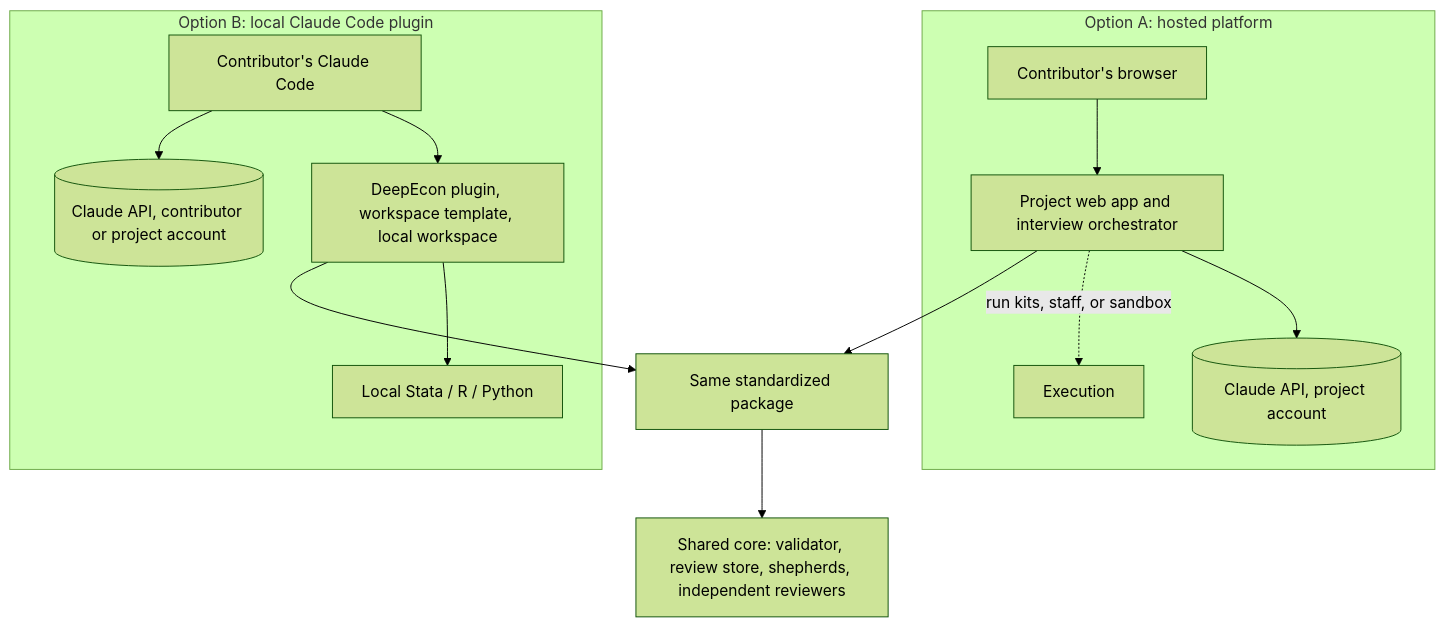
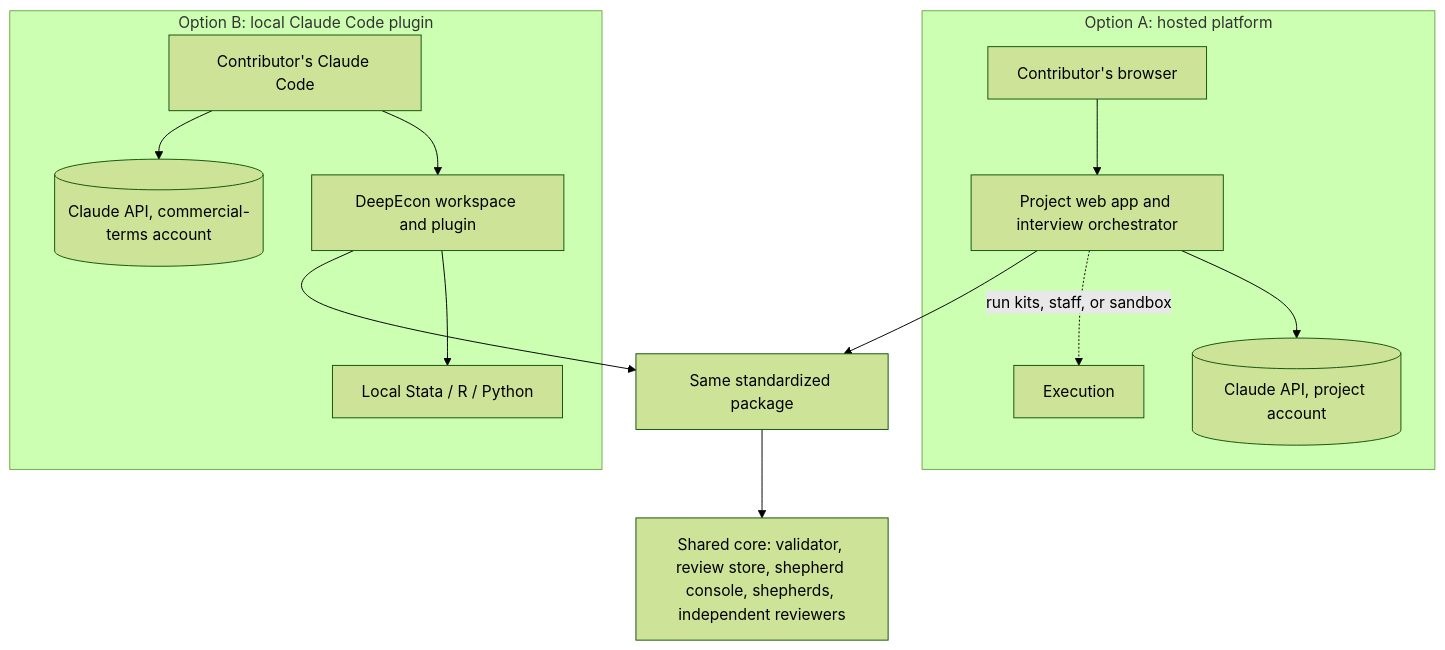
The diagram in docs/architecture/architecture-decision-brief.md (Sellyew/Deepecon-Contributtor-Guide-UI), drawn with Mermaid (forest theme) before and after one commit. The commit also changed other lines of this file and 8 other files, not shown here.

First line of the commit message:
Rebalance the architecture comparison and costs after fairness reviews

````diff
--- a/docs/architecture/architecture-decision-brief.md
+++ b/docs/architecture/architecture-decision-brief.md
@@ -55,16 +48,16 @@
 ```mermaid
 flowchart TB
   subgraph A["Option A: hosted platform"]
     A1[Contributor's browser] --> A2[Project web app and interview orchestrator]
     A2 --> A3[(Claude API, project account)]
     A2 -. run kits, staff, or sandbox .-> A4[Execution]
   end
   subgraph B["Option B: local Claude Code plugin"]
-    B1[Contributor's Claude Code] --> B2[DeepEcon plugin, workspace template, local workspace]
-    B1 --> B3[(Claude API, contributor or project account)]
+    B1[Contributor's Claude Code] --> B2[DeepEcon workspace and plugin]
+    B1 --> B3[(Claude API, commercial-terms account)]
     B2 --> B4[Local Stata / R / Python]
   end
   A2 --> P[Same standardized package]
   B2 --> P
-  P --> C[Shared core: validator, review store, shepherds, independent reviewers]
+  P --> C[Shared core: validator, review store, shepherd console, shepherds, independent reviewers]
 ```
````
